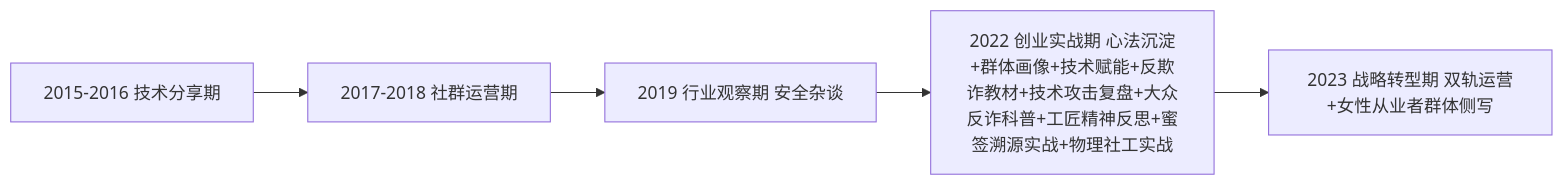
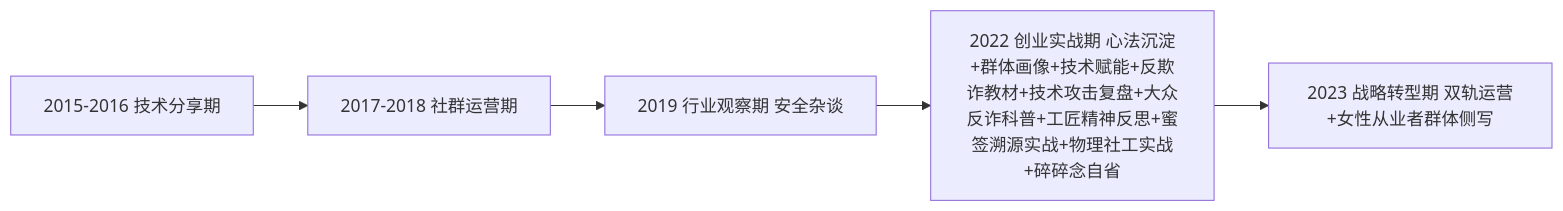
Before and after one commit to OpenDocCN1/sec-llm-wiki: the diagram in pages/301-zai-lushang-wechat-archive-201508-202208.md, drawn with Mermaid. The commit also changed other lines of this file and 4 other files, not shown here.

````diff
--- a/pages/301-zai-lushang-wechat-archive-201508-202208.md
+++ b/pages/301-zai-lushang-wechat-archive-201508-202208.md
@@ -494,7 +517,7 @@
 ```mermaid
 graph LR
 A[2015-2016 技术分享期] --> B[2017-2018 社群运营期]
 B --> C[2019 行业观察期 安全杂谈]
-C --> D[2022 创业实战期 心法沉淀+群体画像+技术赋能+反欺诈教材+技术攻击复盘+大众反诈科普+工匠精神反思+蜜签溯源实战+物理社工实战]
+C --> D[2022 创业实战期 心法沉淀+群体画像+技术赋能+反欺诈教材+技术攻击复盘+大众反诈科普+工匠精神反思+蜜签溯源实战+物理社工实战+碎碎念自省]
 D --> E[2023 战略转型期 双轨运营+女性从业者群体侧写]
 ```
````
